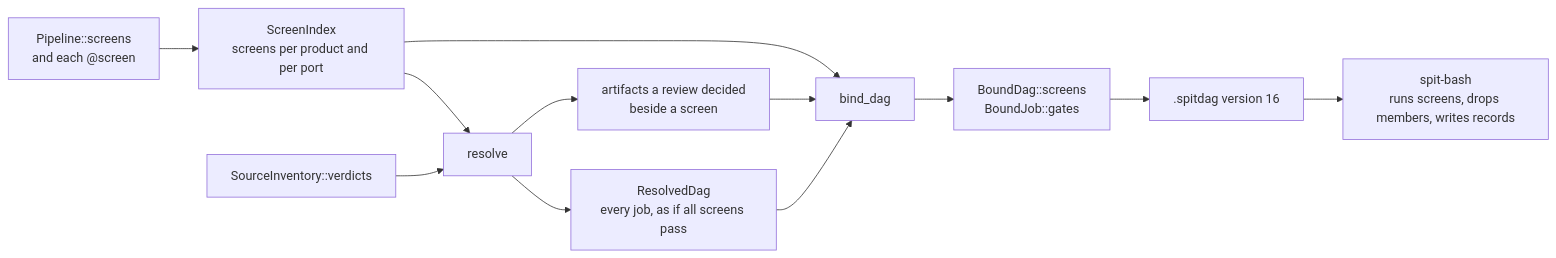
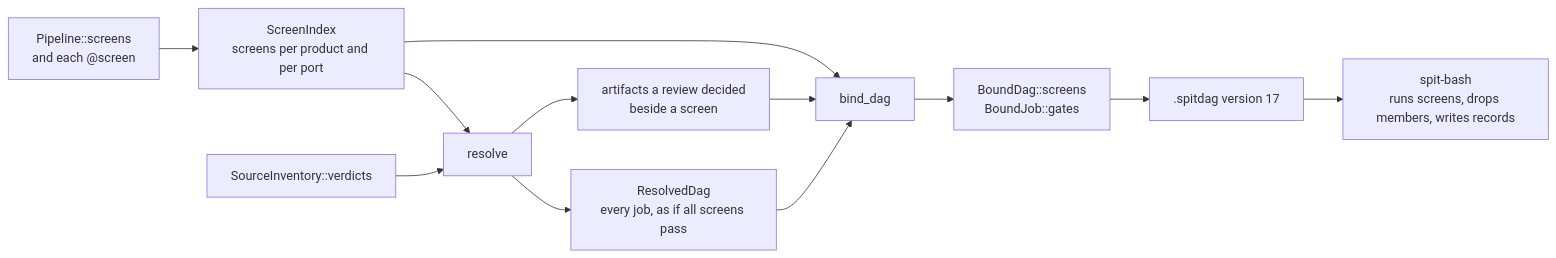
The second of 2 diagrams in screens-and-reviews-203-plan.md (eclnz/spit), drawn with Mermaid before and after one commit. The commit also changed other lines of this file, not shown here.

First line of the commit message:
Give screens DAG format version 17 in the screens plan

````diff
--- a/screens-and-reviews-203-plan.md
+++ b/screens-and-reviews-203-plan.md
@@ -187,14 +188,14 @@
 ```mermaid
 flowchart LR
     pipeline["Pipeline::screens<br/>and each @screen"] --> index["ScreenIndex<br/>screens per product and per port"]
     verdicts["SourceInventory::verdicts"] --> resolve["resolve"]
     index --> resolve
     resolve --> dag["ResolvedDag<br/>every job, as if all screens pass"]
     resolve --> decided["artifacts a review decided<br/>beside a screen"]
     dag --> bind["bind_dag"]
     index --> bind
     decided --> bind
     bind --> bound["BoundDag::screens<br/>BoundJob::gates"]
-    bound --> write[".spitdag version 16"]
+    bound --> write[".spitdag version 17"]
     write --> runner["spit-bash<br/>runs screens, drops members, writes records"]
 ```
````
